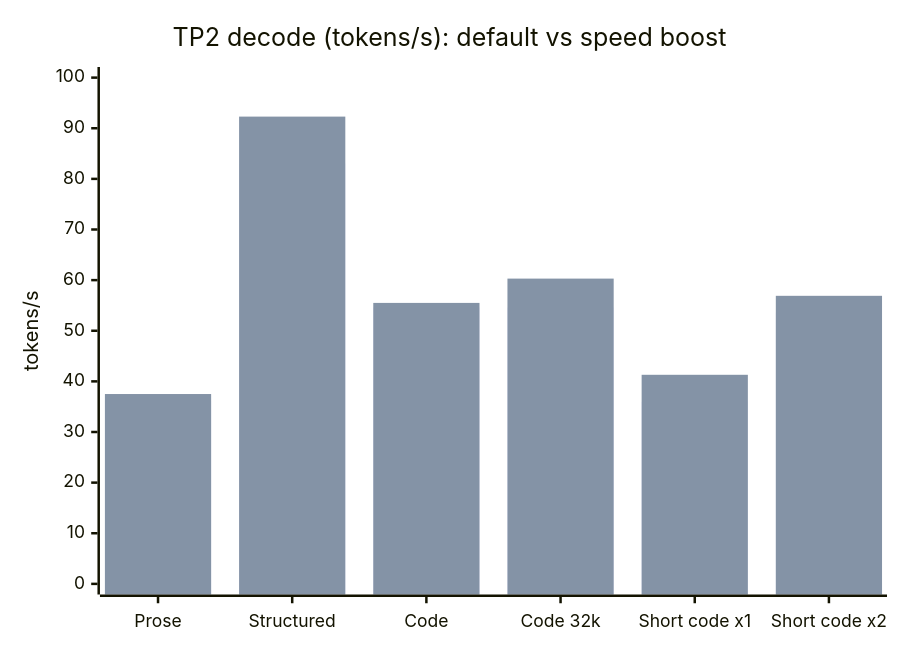
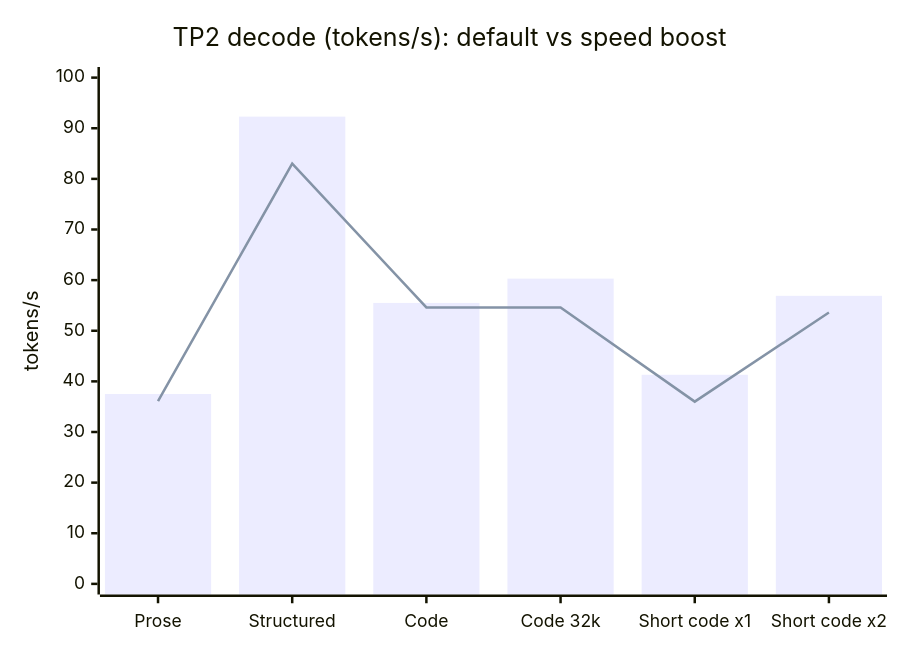
The diagram in README.md (100menotu001/GLM-5.3-Flash-EXL3-2x-DGX-Sparks), drawn with Mermaid before and after one commit. The commit also changed other lines of this file, not shown here.

Commit message:
docs(readme): chart speed boost as bars and default as a line (mermaid overlays bar series)

````diff
--- a/README.md
+++ b/README.md
@@ -100,8 +100,8 @@
 ```mermaid
 xychart-beta
     title "TP2 decode (tokens/s): default vs speed boost"
     x-axis ["Prose", "Structured", "Code", "Code 32k", "Short code x1", "Short code x2"]
     y-axis "tokens/s" 0 --> 100
-    bar [36.1, 83.0, 54.6, 54.6, 36.0, 53.6]
     bar [37.5, 92.3, 55.5, 60.3, 41.3, 56.9]
+    line [36.1, 83.0, 54.6, 54.6, 36.0, 53.6]
 ```
````
